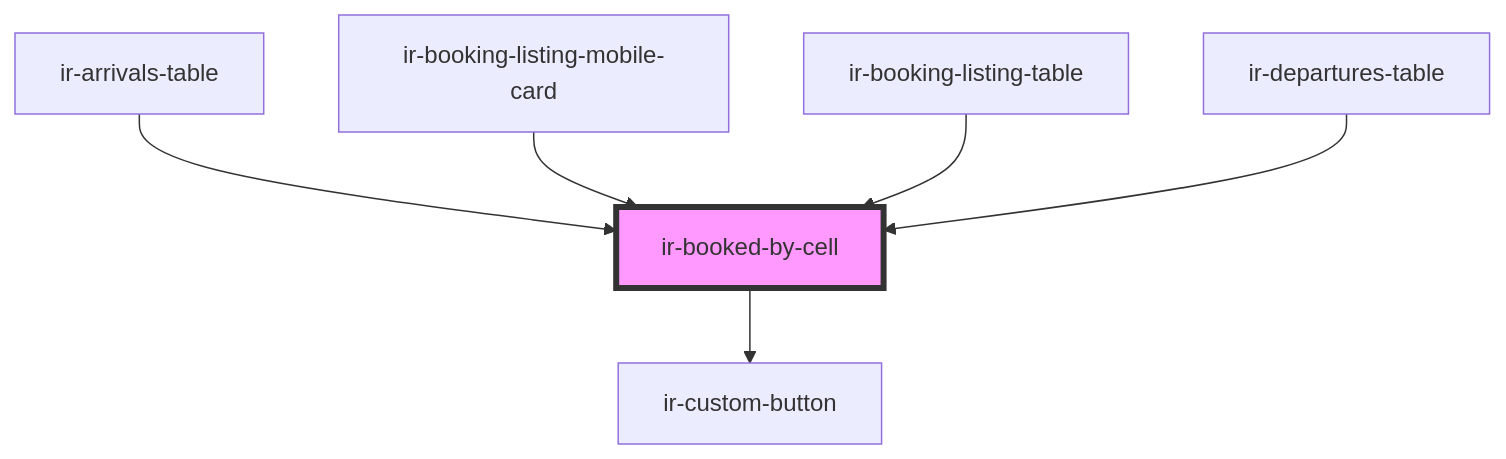
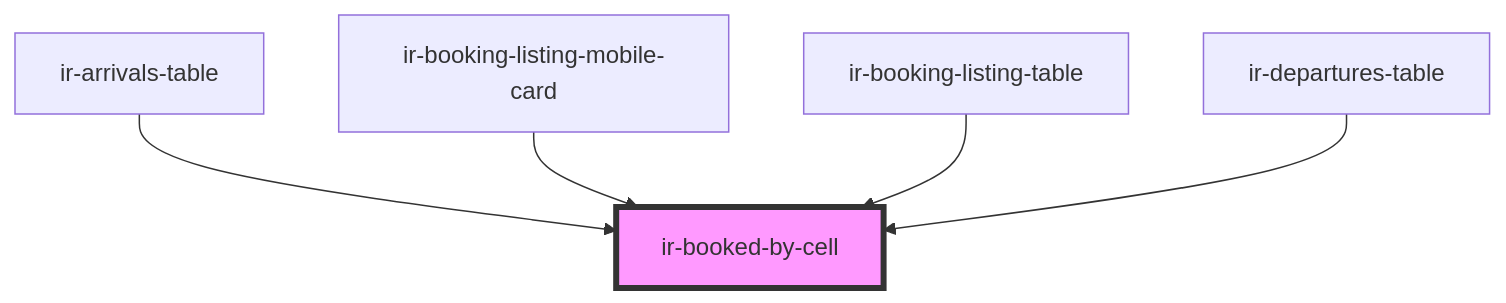
Before and after one commit to David1Chowaifaty/modified-ir-webcmp: the diagram in src/components/table-cells/booking/ir-booked-by-cell/readme.md, drawn with Mermaid. The commit also changed other lines of this file and 41 other files, not shown here.

````diff
--- a/src/components/table-cells/booking/ir-booked-by-cell/readme.md
+++ b/src/components/table-cells/booking/ir-booked-by-cell/readme.md
@@ -48,9 +44,8 @@
 ```mermaid
 graph TD;
-  ir-booked-by-cell --> ir-custom-button
   ir-arrivals-table --> ir-booked-by-cell
   ir-booking-listing-mobile-card --> ir-booked-by-cell
   ir-booking-listing-table --> ir-booked-by-cell
   ir-departures-table --> ir-booked-by-cell
   style ir-booked-by-cell fill:#f9f,stroke:#333,stroke-width:4px
 ```
````
